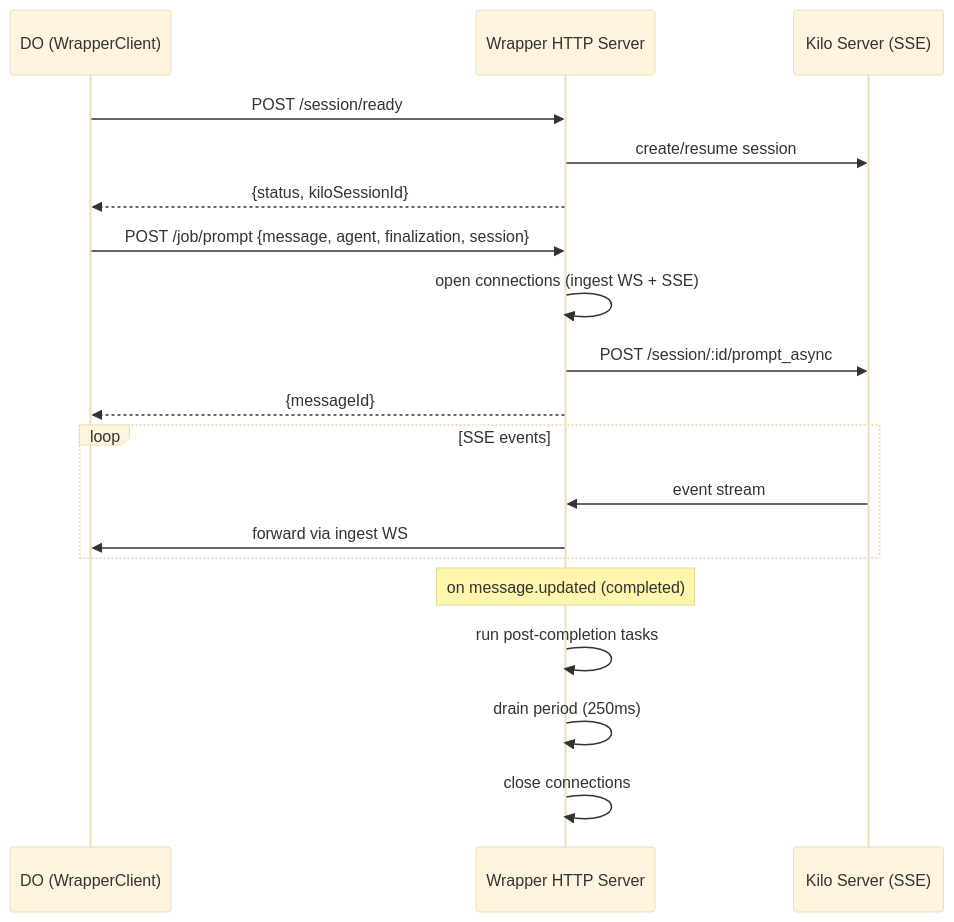
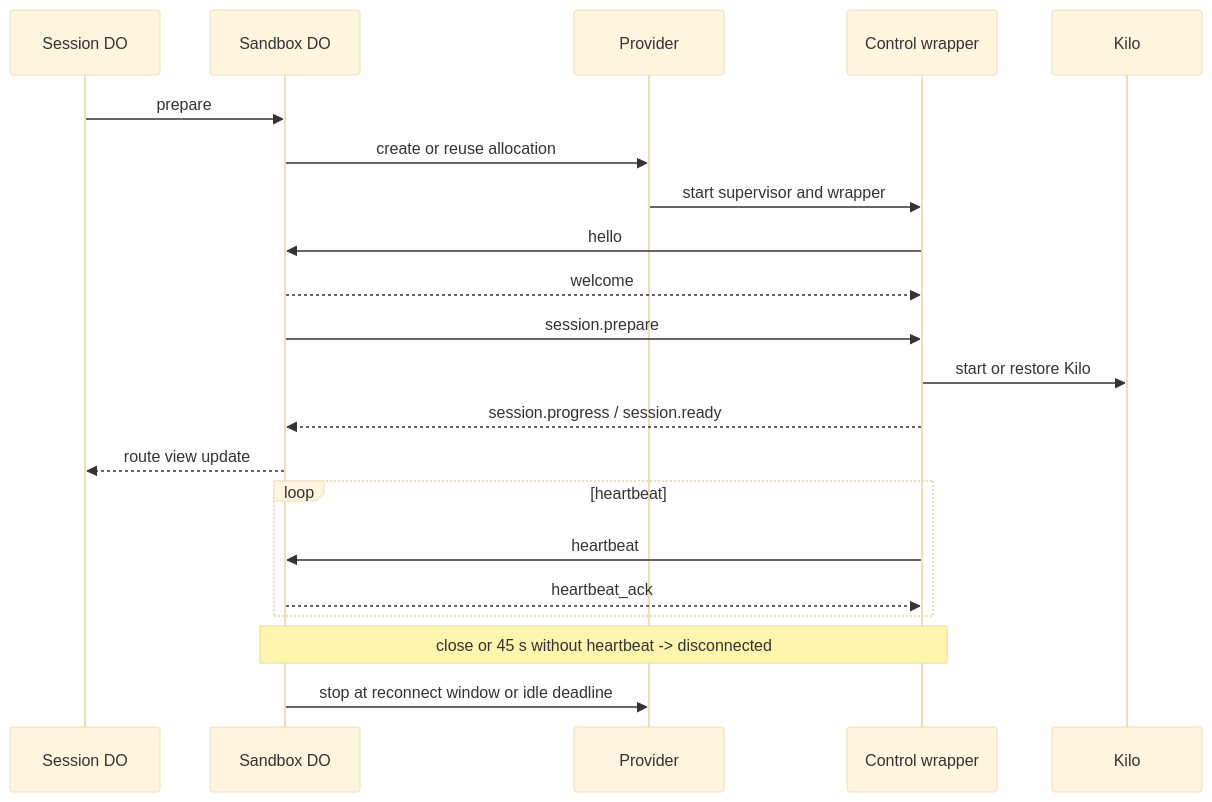
The fourth of 6 diagrams in services/cloud-agent-next/docs/diagrams.md (Kilo-Org/cloud), drawn with Mermaid (base theme) before and after one commit. The commit also changed other lines of this file and 43 other files, not shown here.

First line of the commit message:
refactor(cloud-agent): unify session plane and remove legacy agent code

````diff
--- a/services/cloud-agent-next/docs/diagrams.md
+++ b/services/cloud-agent-next/docs/diagrams.md
@@ -126,25 +100,24 @@
 ```mermaid
 sequenceDiagram
-  participant DO as DO (WrapperClient)
-  participant Wrap as Wrapper HTTP Server
-  participant Kilo as Kilo Server (SSE)
+  participant S as Session DO
+  participant B as Sandbox DO
+  participant P as Provider
+  participant R as Control wrapper
+  participant K as Kilo
 
-  DO->>Wrap: POST /session/ready
-  Wrap->>Kilo: create/resume session
-  Wrap-->>DO: {status, kiloSessionId}
-
-  DO->>Wrap: POST /job/prompt {message, agent, finalization, session}
-  Wrap->>Wrap: open connections (ingest WS + SSE)
-  Wrap->>Kilo: POST /session/:id/prompt_async
-  Wrap-->>DO: {messageId}
-
-  loop SSE events
-    Kilo->>Wrap: event stream
-    Wrap->>DO: forward via ingest WS
+  S->>B: prepare
+  B->>P: create or reuse allocation
+  P->>R: start supervisor and wrapper
+  R->>B: hello
+  B-->>R: welcome
+  B->>R: session.prepare
+  R->>K: start or restore Kilo
+  R-->>B: session.progress / session.ready
+  B-->>S: route view update
+  loop heartbeat
+    R->>B: heartbeat
+    B-->>R: heartbeat_ack
   end
-
-  Note over Wrap: on message.updated (completed)
-  Wrap->>Wrap: run post-completion tasks
-  Wrap->>Wrap: drain period (250ms)
-  Wrap->>Wrap: close connections
+  Note over B,R: close or 45 s without heartbeat -> disconnected
+  B->>P: stop at reconnect window or idle deadline
 ```
````
